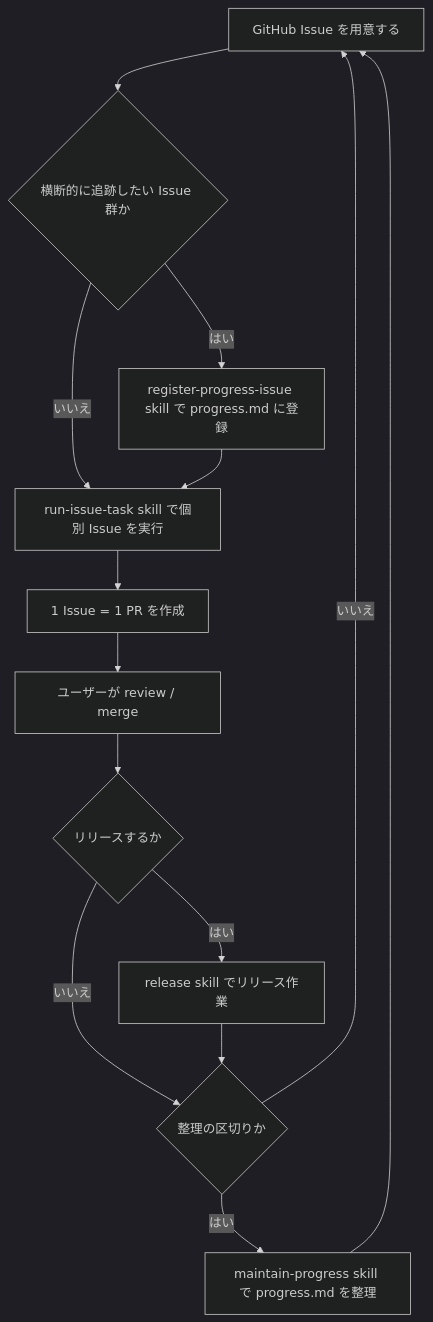
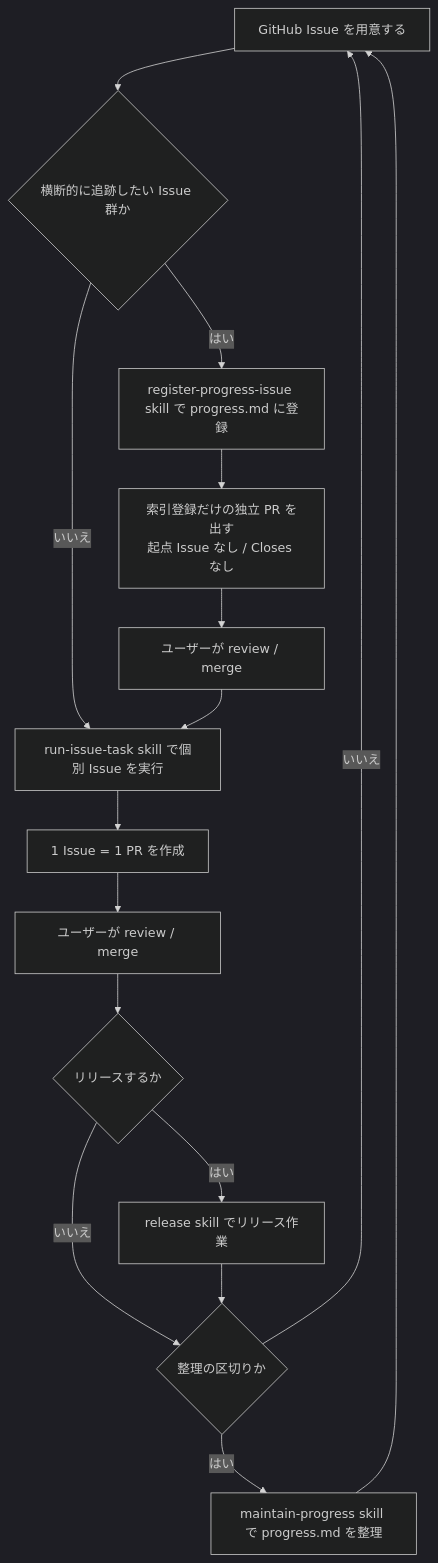
One commit to kiyohara/slapex changed the diagram in doc/guidelines/development-loop.md. Above: the diagram before and after it, drawn with Mermaid (dark theme). The commit also changed other lines of this file and 2 other files, not shown here.

First line of the commit message:
register-progress-issue skill に commit / PR の扱いを追記する

````diff
--- a/doc/guidelines/development-loop.md
+++ b/doc/guidelines/development-loop.md
@@ -17,16 +17,18 @@
 ```mermaid
 flowchart TD
     A["GitHub Issue を用意する"] --> B{"横断的に追跡したい Issue 群か"}
     B -- "はい" --> C["register-progress-issue skill で progress.md に登録"]
     B -- "いいえ" --> D["run-issue-task skill で個別 Issue を実行"]
-    C --> D
+    C --> C2["索引登録だけの独立 PR を出す<br/>起点 Issue なし / Closes なし"]
+    C2 --> C3["ユーザーが review / merge"]
+    C3 --> D
     D --> E["1 Issue = 1 PR を作成"]
     E --> F["ユーザーが review / merge"]
     F --> G{"リリースするか"}
     G -- "はい" --> H["release skill でリリース作業"]
     G -- "いいえ" --> I{"整理の区切りか"}
     H --> I
     I -- "はい" --> J["maintain-progress skill で progress.md を整理"]
     I -- "いいえ" --> A
     J --> A
 ```
````
